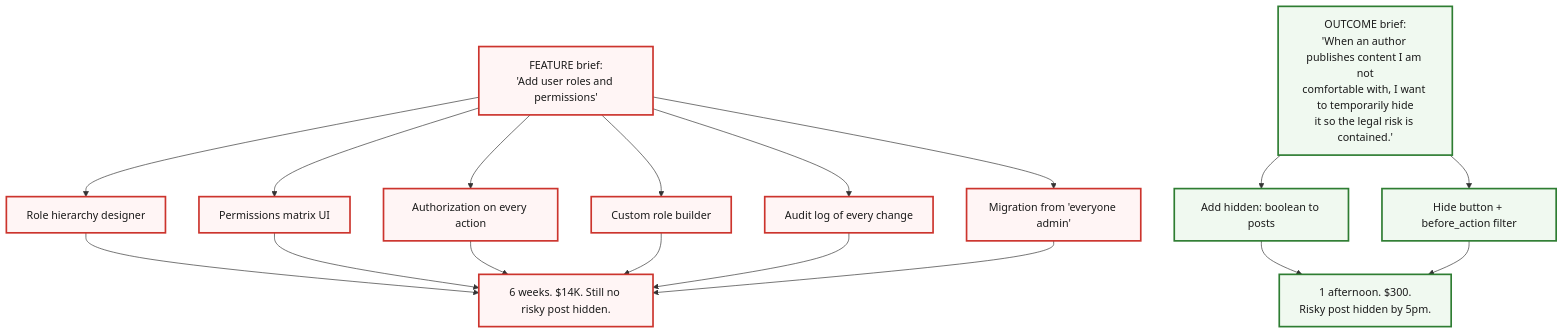
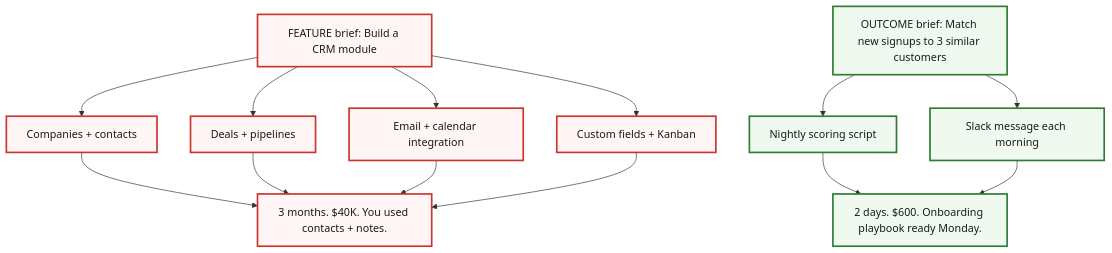
Before and after one commit to jetthoughts/jetthoughts.github.io: the diagram in content/blog/stop-specifying-features-start-outcomes/index.md, drawn with Mermaid. The commit also changed other lines of this file and 110 other files, not shown here.

````diff
--- a/content/blog/stop-specifying-features-start-outcomes/index.md
+++ b/content/blog/stop-specifying-features-start-outcomes/index.md
@@ -89,30 +84,25 @@
 ```mermaid
 %%{init: {'theme':'base', 'themeVariables': {'fontFamily':'Caveat, Patrick Hand, cursive', 'primaryColor':'#fff5f5', 'primaryBorderColor':'#cc342d', 'lineColor':'#333', 'primaryTextColor':'#1a1a1a'}}}%%
 flowchart TD
-    Feature["FEATURE brief:<br/>'Add user roles and permissions'"]
-    Feature --> F1["Role hierarchy designer"]
-    Feature --> F2["Permissions matrix UI"]
-    Feature --> F3["Authorization on every action"]
-    Feature --> F4["Custom role builder"]
-    Feature --> F5["Audit log of every change"]
-    Feature --> F6["Migration from 'everyone admin'"]
-    F1 --> FOut["6 weeks. $14K. Still no risky post hidden."]
+    Feature["FEATURE brief: Build a CRM module"]
+    Feature --> F1["Companies + contacts"]
+    Feature --> F2["Deals + pipelines"]
+    Feature --> F3["Email + calendar integration"]
+    Feature --> F4["Custom fields + Kanban"]
+    F1 --> FOut["3 months. $40K. You used contacts + notes."]
     F2 --> FOut
     F3 --> FOut
     F4 --> FOut
-    F5 --> FOut
-    F6 --> FOut
 
-    Outcome["OUTCOME brief:<br/>'When an author publishes content I am not<br/>comfortable with, I want to temporarily hide<br/>it so the legal risk is contained.'"]
-    Outcome --> O1["Add hidden: boolean to posts"]
-    Outcome --> O2["Hide button + before_action filter"]
-    O1 --> OOut["1 afternoon. $300.<br/>Risky post hidden by 5pm."]
+    Outcome["OUTCOME brief: Match new signups to 3 similar customers"]
+    Outcome --> O1["Nightly scoring script"]
+    Outcome --> O2["Slack message each morning"]
+    O1 --> OOut["2 days. $600. Onboarding playbook ready Monday."]
     O2 --> OOut
 
     classDef bad fill:#fff5f5,stroke:#cc342d,stroke-width:2.5px,color:#1a1a1a
     classDef good fill:#f0f9f0,stroke:#2e7d32,stroke-width:2.5px,color:#1a1a1a
-    classDef neutral fill:#fafafa,stroke:#666,stroke-width:2px,color:#1a1a1a
 
-    class Feature,F1,F2,F3,F4,F5,F6,FOut bad
+    class Feature,F1,F2,F3,F4,FOut bad
     class Outcome,O1,O2,OOut good
 ```
````
